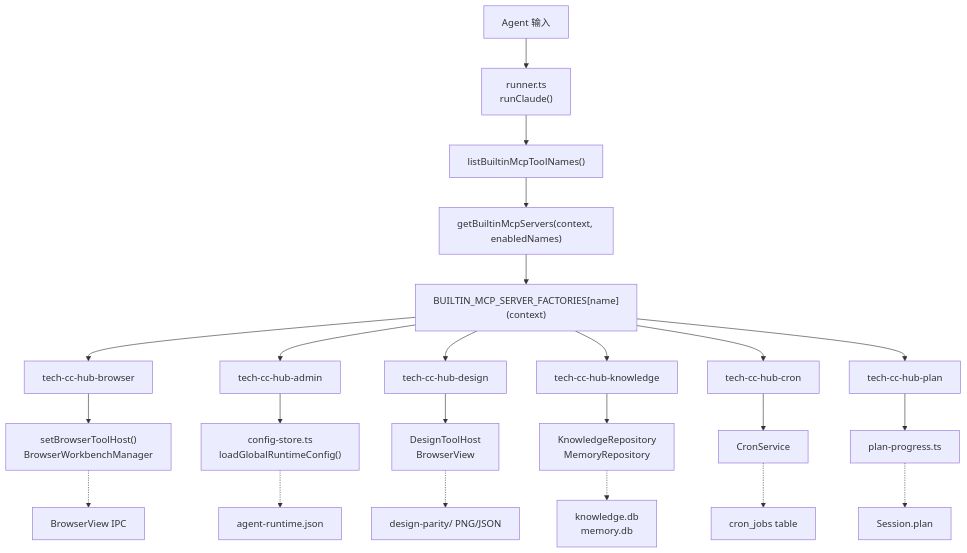
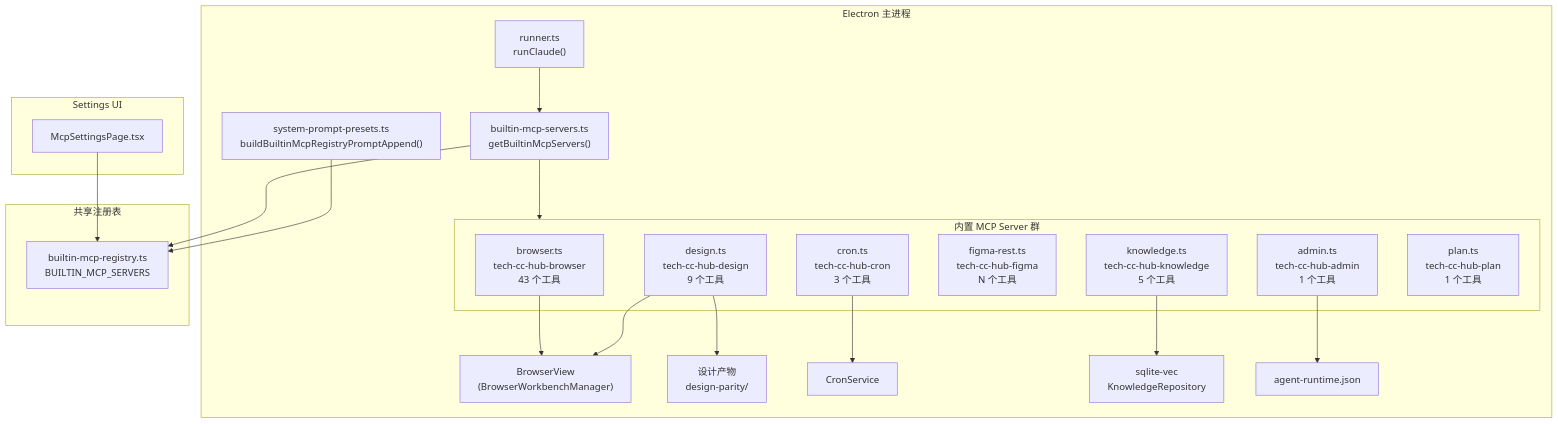
One commit to lst016/tech-cc-hub changed the first of 2 diagrams in .tech/repowiki/zh/content/核心模块规格/MCP 工具系统总览/MCP 工具系统总览.md. Above: the diagram before and after it, drawn with Mermaid. The commit also changed other lines of this file and 129 other files, not shown here.

````diff
--- a/.tech/repowiki/zh/content/核心模块规格/MCP 工具系统总览/MCP 工具系统总览.md
+++ b/.tech/repowiki/zh/content/核心模块规格/MCP 工具系统总览/MCP 工具系统总览.md
@@ -227,25 +59,39 @@
 ```mermaid
 flowchart TB
-    A["Agent 输入"] --> B["runner.ts<br/>runClaude()"]
-    B --> C["listBuiltinMcpToolNames()"]
-    C --> D["getBuiltinMcpServers(context, enabledNames)"]
-    D --> E["BUILTIN_MCP_SERVER_FACTORIES[name](context)"]
-    E --> F1["tech-cc-hub-browser"]
-    E --> F2["tech-cc-hub-admin"]
-    E --> F3["tech-cc-hub-design"]
-    E --> F4["tech-cc-hub-knowledge"]
-    E --> F5["tech-cc-hub-cron"]
-    E --> F6["tech-cc-hub-plan"]
-    F1 --> G1["setBrowserToolHost()<br/>BrowserWorkbenchManager"]
-    F2 --> G2["config-store.ts<br/>loadGlobalRuntimeConfig()"]
-    F3 --> G3["DesignToolHost<br/>BrowserView"]
-    F4 --> G4["KnowledgeRepository<br/>MemoryRepository"]
-    F5 --> G5["CronService"]
-    F6 --> G6["plan-progress.ts"]
-    G1 -.-> H1["BrowserView IPC"]
-    G2 -.-> H2["agent-runtime.json"]
-    G3 -.-> H3["design-parity/ PNG/JSON"]
-    G4 -.-> H4["knowledge.db<br/>memory.db"]
-    G5 -.-> H5["cron_jobs table"]
-    G6 -.-> H6["Session.plan"]
+    subgraph Electron_Main["Electron 主进程"]
+        runner["runner.ts<br/>runClaude()"]
+        presets["system-prompt-presets.ts<br/>buildBuiltinMcpRegistryPromptAppend()"]
+        builtin["builtin-mcp-servers.ts<br/>getBuiltinMcpServers()"]
+
+        subgraph MCP_Servers["内置 MCP Server 群"]
+            browser["browser.ts<br/>tech-cc-hub-browser<br/>43 个工具"]
+            admin["admin.ts<br/>tech-cc-hub-admin<br/>1 个工具"]
+            design["design.ts<br/>tech-cc-hub-design<br/>9 个工具"]
+            figma["figma-rest.ts<br/>tech-cc-hub-figma<br/>N 个工具"]
+            cron["cron.ts<br/>tech-cc-hub-cron<br/>3 个工具"]
+            knowledge["knowledge.ts<br/>tech-cc-hub-knowledge<br/>5 个工具"]
+            plan["plan.ts<br/>tech-cc-hub-plan<br/>1 个工具"]
+        end
+
+        browser --> BrowserView["BrowserView<br/>(BrowserWorkbenchManager)"]
+        design --> BrowserView
+        design --> artifacts["设计产物<br/>design-parity/"]
+        cron --> CronService["CronService"]
+        knowledge --> sqlvec["sqlite-vec<br/>KnowledgeRepository"]
+        admin --> config["agent-runtime.json"]
+    end
+
+    subgraph Registry["共享注册表"]
+        registry["builtin-mcp-registry.ts<br/>BUILTIN_MCP_SERVERS"]
+    end
+
+    runner --> builtin
+    builtin --> registry
+    builtin --> MCP_Servers
+    presets --> registry
+
+    subgraph UI["Settings UI"]
+        settings["McpSettingsPage.tsx"]
+        settings --> registry
+    end
 ```
````
